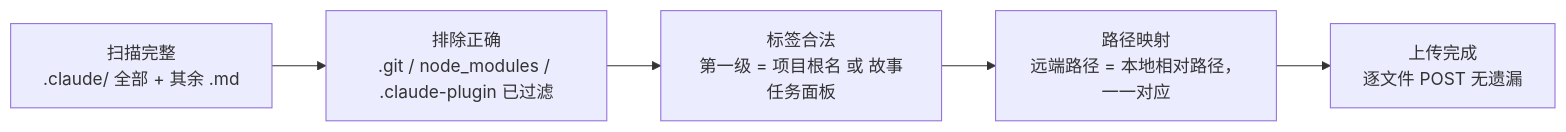
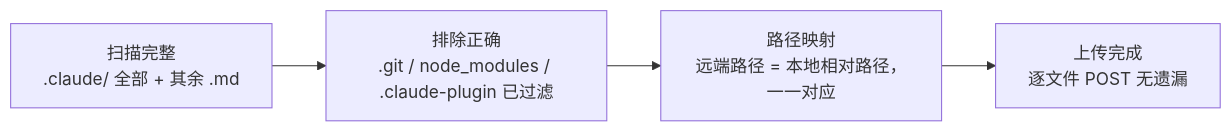
Before and after one commit to effiy/YrY: the eighth of 8 diagrams in skills/rui-import/SKILL.md, drawn with Mermaid. The commit also changed other lines of this file and 4 other files, not shown here.

````diff
--- a/skills/rui-import/SKILL.md
+++ b/skills/rui-import/SKILL.md
@@ -320,7 +300,6 @@
 ```mermaid
 flowchart LR
     S1["扫描完整<br/>.claude/ 全部 + 其余 .md"]:::sig --> S2["排除正确<br/>.git / node_modules / .claude-plugin 已过滤"]:::sig
-    S2 --> S3["标签合法<br/>第一级 = 项目根名 或 故事任务面板"]:::sig
-    S3 --> S4["路径映射<br/>远端路径 = 本地相对路径，一一对应"]:::sig
-    S4 --> S5["上传完成<br/>逐文件 POST 无遗漏"]:::sig
+    S2 --> S3["路径映射<br/>远端路径 = 本地相对路径，一一对应"]:::sig
+    S3 --> S4["上传完成<br/>逐文件 POST 无遗漏"]:::sig
 ```
````
